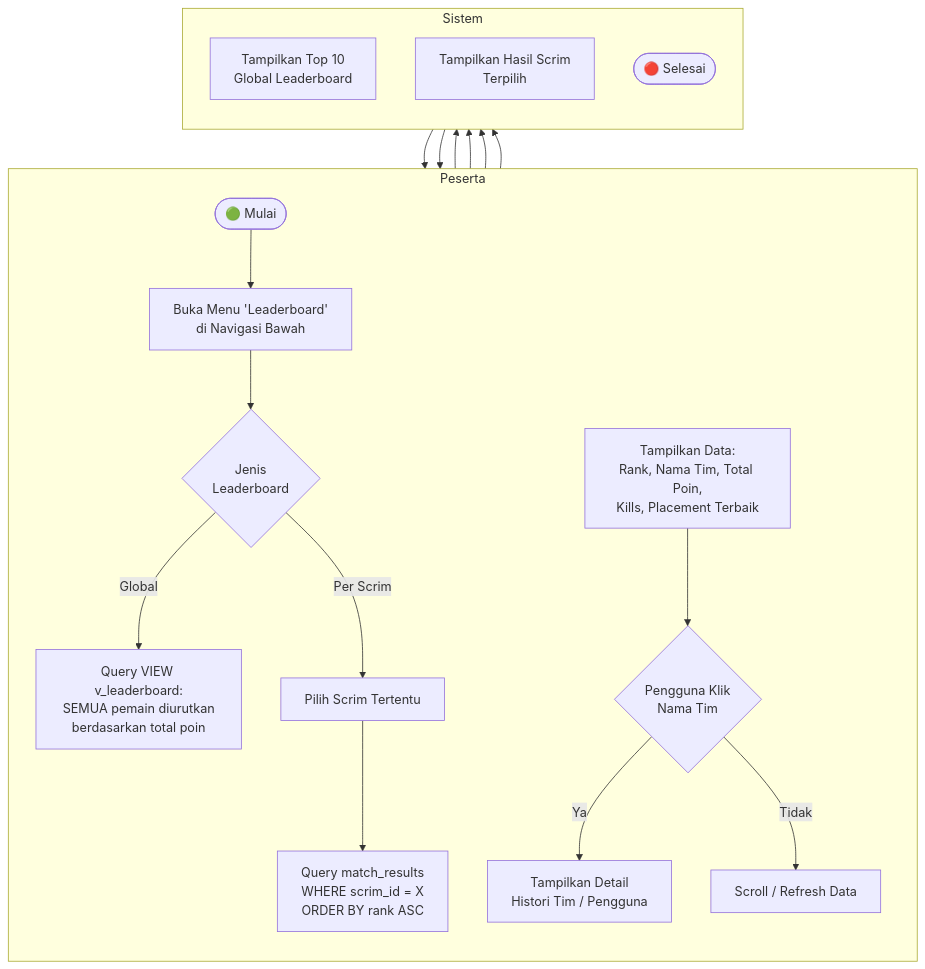
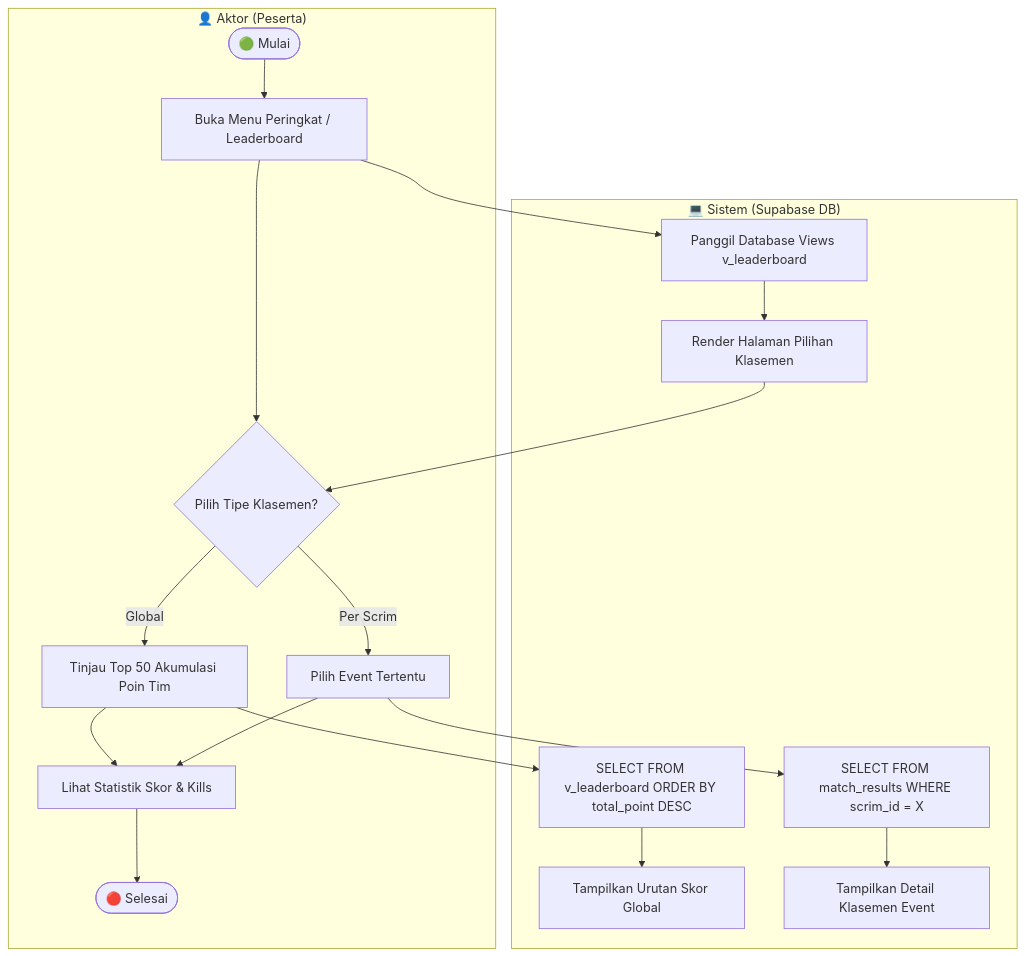
Before and after one commit to yosima050/booyahhub: diagram 12 of 43 in DOKUMENTASI.md, drawn with Mermaid. The commit also changed other lines of this file, not shown here.

````diff
--- a/DOKUMENTASI.md
+++ b/DOKUMENTASI.md
@@ -572,23 +441,19 @@
 ```mermaid
 flowchart TD
-    subgraph Peserta
-        direction TB
-        A([🟢 Mulai]) --> B[Buka Menu 'Leaderboard'<br/>di Navigasi Bawah]
-        B --> C{Jenis<br/>Leaderboard}
-        C -->|Global| D
-        C -->|Per Scrim| E[Pilih Scrim Tertentu]
-        E --> F
-        I --> J{Pengguna Klik<br/>Nama Tim}
-        J -->|Ya| K
-        J -->|Tidak| L
+    subgraph Aktor ["👤 Aktor (Peserta)"]
+        K1([🟢 Mulai]) --> K2[Buka Menu Peringkat / Leaderboard]
+        K2 --> K3{Pilih Tipe Klasemen?}
+        K3 -->|Global| K4[Tinjau Top 50 Akumulasi Poin Tim]
+        K3 -->|Per Scrim| K5[Pilih Event Tertentu]
+        K4 & K5 --> K6[Lihat Statistik Skor & Kills] --> K7([🔴 Selesai])
     end
 
-    subgraph Sistem
-        direction TB
-        D[Query VIEW v_leaderboard:<br/>SEMUA pemain diurutkan<br/>berdasarkan total poin] --> G[Tampilkan Top 10<br/>Global Leaderboard]
-        F[Query match_results<br/>WHERE scrim_id = X<br/>ORDER BY rank ASC] --> H[Tampilkan Hasil Scrim<br/>Terpilih]
-        G & H --> I[Tampilkan Data:<br/>Rank, Nama Tim, Total Poin,<br/>Kills, Placement Terbaik]
-        K[Tampilkan Detail<br/>Histori Tim / Pengguna] --> M([🔴 Selesai])
-        L[Scroll / Refresh Data] --> M
+    subgraph Sistem ["💻 Sistem (Supabase DB)"]
+        K2 --> S1[Panggil Database Views v_leaderboard]
+        S1 --> S2[Render Halaman Pilihan Klasemen] --> K3
+        K4 --> S3[SELECT FROM v_leaderboard ORDER BY total_point DESC]
+        S3 --> S4[Tampilkan Urutan Skor Global]
+        K5 --> S5[SELECT FROM match_results WHERE scrim_id = X]
+        S5 --> S6[Tampilkan Detail Klasemen Event]
     end
 ```
````
